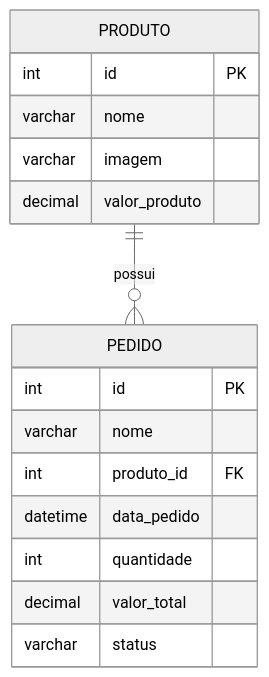
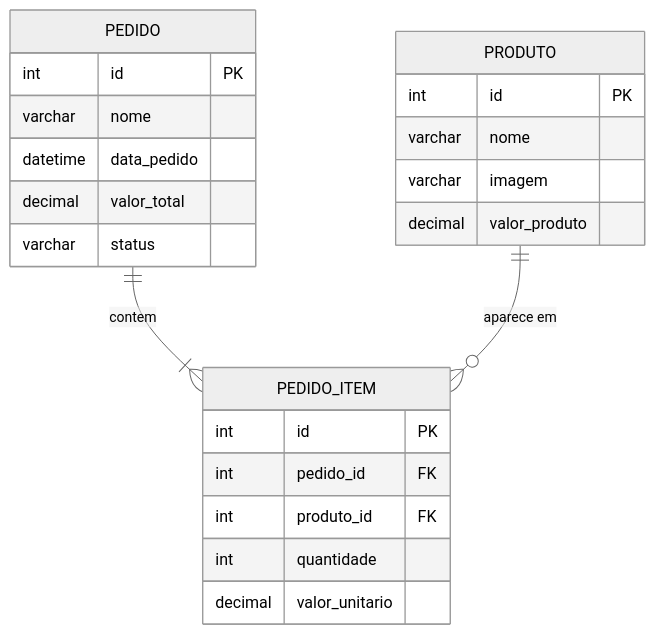
The diagram in confs-mysql/DER.md (sarahmds/ICS-LINUX), drawn with Mermaid (neutral theme) before and after one commit. The commit also changed other lines of this file and 10 other files, not shown here.

````diff
--- a/confs-mysql/DER.md
+++ b/confs-mysql/DER.md
@@ -3,21 +3,28 @@
 ```mermaid
 erDiagram
-    PRODUTO ||--o{ PEDIDO : "possui"
+    PEDIDO ||--|{ PEDIDO_ITEM : "contem"
+    PRODUTO ||--o{ PEDIDO_ITEM : "aparece em"
 
     PRODUTO {
         int id PK
         varchar nome
         varchar imagem
         decimal valor_produto
     }
 
     PEDIDO {
         int id PK
         varchar nome
-        int produto_id FK
         datetime data_pedido
-        int quantidade
         decimal valor_total
         varchar status
     }
+
+    PEDIDO_ITEM {
+        int id PK
+        int pedido_id FK
+        int produto_id FK
+        int quantidade
+        decimal valor_unitario
+    }
 ```
````
